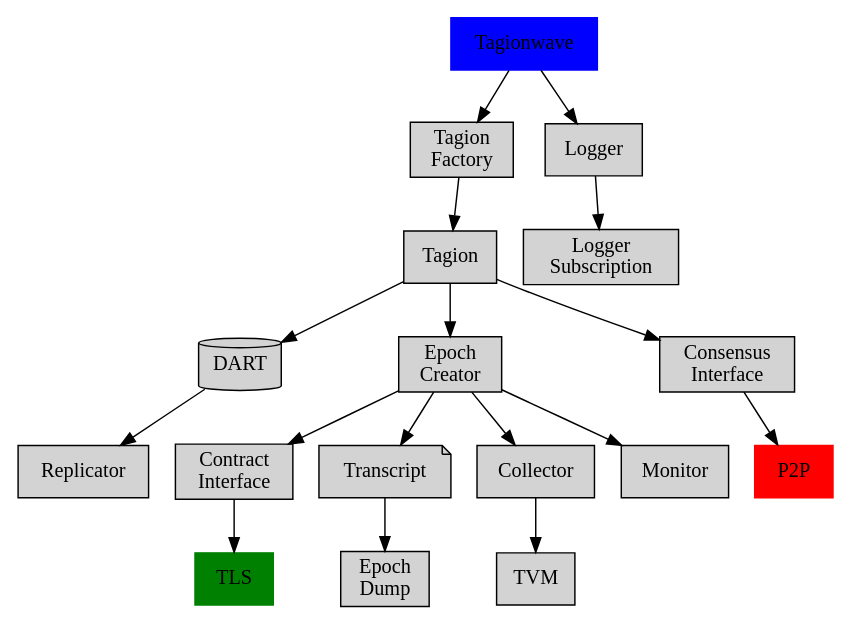
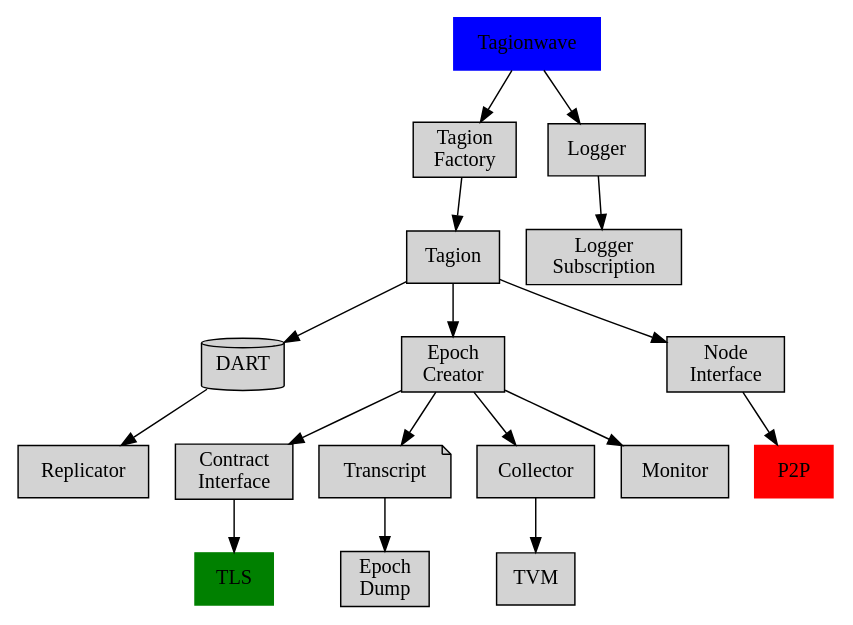
The second of 2 diagrams in documents/architecture/Network_Architecture.md (tagion/tagion), drawn with Graphviz before and after one commit. The commit also changed other lines of this file and 4 other files, not shown here.

````diff
--- a/documents/architecture/Network_Architecture.md
+++ b/documents/architecture/Network_Architecture.md
@@ -79,34 +79,34 @@
 ```graphviz
 digraph tagion_hierarchy {
     rankdir=UD;
     size="8,5"
    node [style=filled shape=rect]
 Tagionwave [color=blue]
 TagionFactory [label="Tagion\nFactory"]
 DART [shape = cylinder]
 ContractInterface [label="Contract\nInterface"]
 Transcript [shape = note]
 Collector [shape=rect]
 EpochCreator [label="Epoch\nCreator"]
 EpochDump [label="Epoch\nDump"]
-ConsensusInterface [shape=rect label="Consensus\nInterface"]
+NodeInterface [shape=rect label="Node\nInterface"]
 LoggerSubscription [label="Logger\nSubscription"]
 TLS [color=green]
 P2P [color=red]
 node [shape = rect];
 	Tagionwave -> Logger -> LoggerSubscription;
 	Tagionwave -> TagionFactory;
 	TagionFactory -> Tagion;
-	Tagion -> ConsensusInterface -> P2P;
+	Tagion -> NodeInterface -> P2P;
 	DART -> Replicator;
 	Tagion -> DART;
     Tagion -> EpochCreator;
 	EpochCreator -> ContractInterface [href="/documents/architecture/ContractInterface.md"];
 	EpochCreator -> Transcript;
 	EpochCreator -> Collector;
 	Transcript -> EpochDump;
 	EpochCreator -> Monitor;
 	Collector -> TVM;
 	ContractInterface -> TLS;
 }
 ```
````
